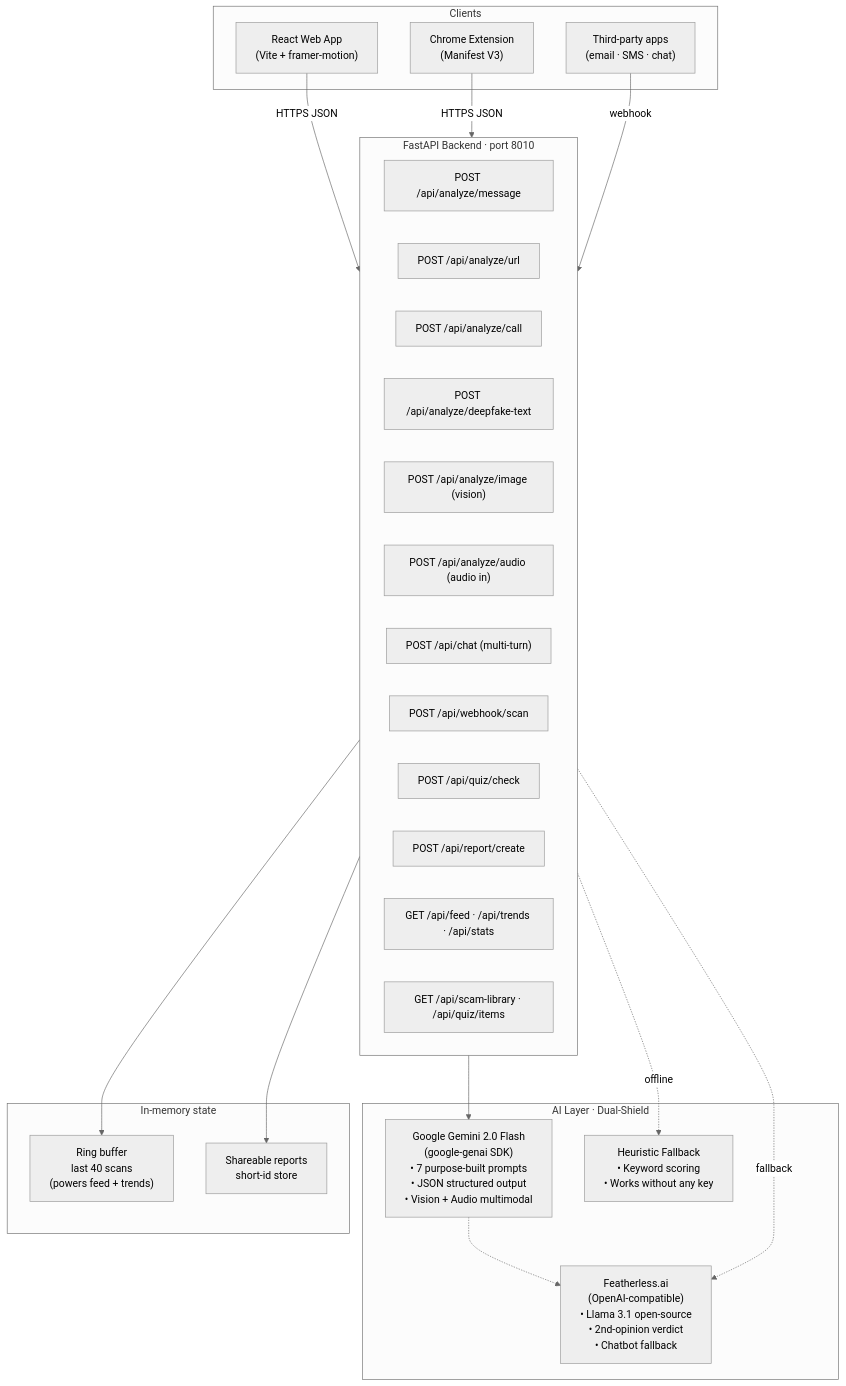
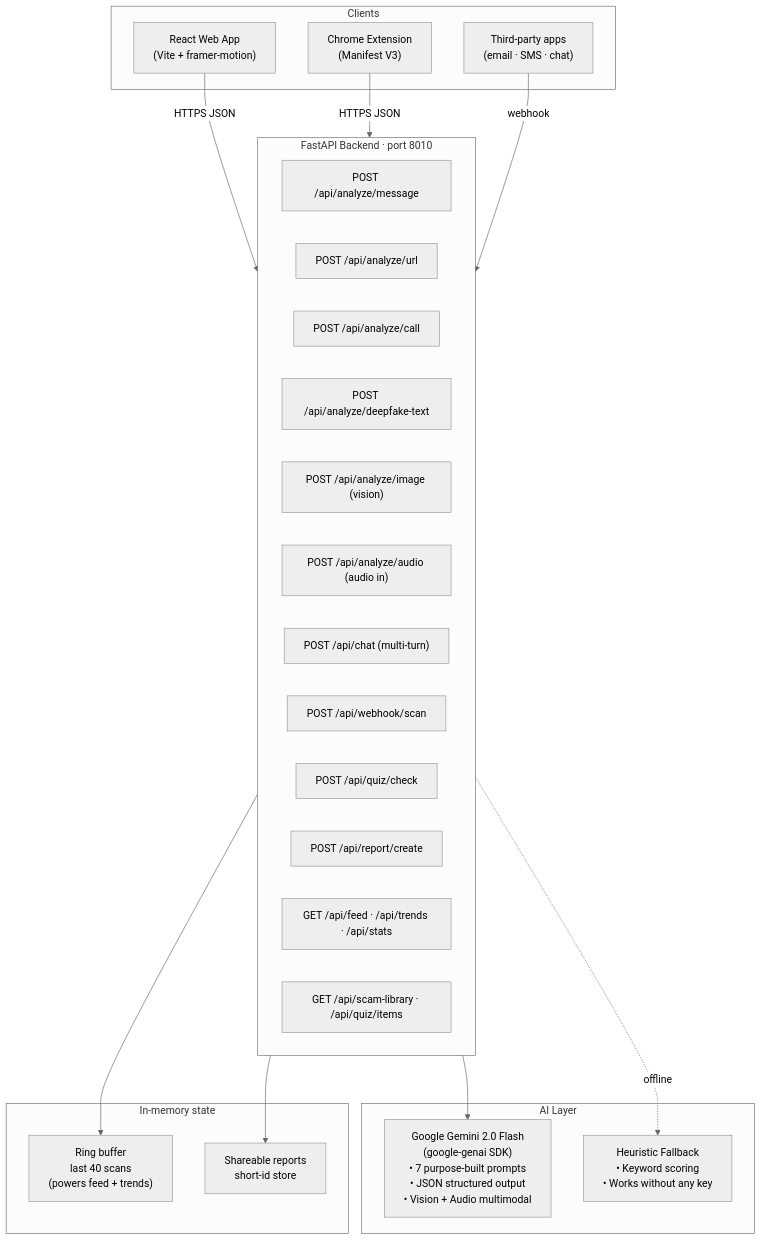
Before and after one commit to YashIsTheBest247/Aegis: the diagram in README.md, drawn with Mermaid (neutral theme). The commit also changed other lines of this file, not shown here.

````diff
--- a/README.md
+++ b/README.md
@@ -70,44 +70,41 @@
 ```mermaid
 flowchart TB
   subgraph Clients["Clients"]
     web["React Web App<br/>(Vite + framer-motion)"]
     ext["Chrome Extension<br/>(Manifest V3)"]
     tp["Third-party apps<br/>(email · SMS · chat)"]
   end
 
   subgraph API["FastAPI Backend · port 8010"]
     r1["POST /api/analyze/message"]
     r2["POST /api/analyze/url"]
     r3["POST /api/analyze/call"]
     r4["POST /api/analyze/deepfake-text"]
     r5["POST /api/analyze/image (vision)"]
     r6["POST /api/analyze/audio (audio in)"]
     r7["POST /api/chat (multi-turn)"]
     r8["POST /api/webhook/scan"]
     r9["POST /api/quiz/check"]
     r10["POST /api/report/create"]
     rA["GET /api/feed · /api/trends · /api/stats"]
     rB["GET /api/scam-library · /api/quiz/items"]
   end
 
-  subgraph AI["AI Layer · Dual-Shield"]
+  subgraph AI["AI Layer"]
     g["Google Gemini 2.0 Flash<br/>(google-genai SDK)<br/>• 7 purpose-built prompts<br/>• JSON structured output<br/>• Vision + Audio multimodal"]
-    f["Featherless.ai<br/>(OpenAI-compatible)<br/>• Llama 3.1 open-source<br/>• 2nd-opinion verdict<br/>• Chatbot fallback"]
     h["Heuristic Fallback<br/>• Keyword scoring<br/>• Works without any key"]
   end
 
   subgraph State["In-memory state"]
     ring["Ring buffer<br/>last 40 scans<br/>(powers feed + trends)"]
     reports["Shareable reports<br/>short-id store"]
   end
 
   web -->|HTTPS JSON| API
   ext -->|HTTPS JSON| API
   tp  -->|webhook| API
   API --> g
-  API -. fallback .-> f
   API -. offline .-> h
-  g -.-> f
   API --> ring
   API --> reports
 ```
````
